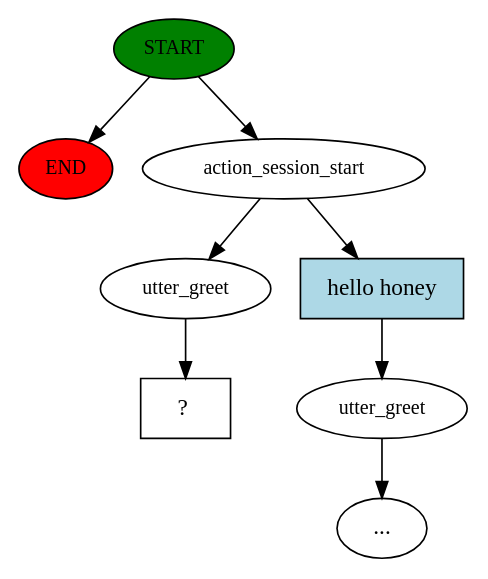
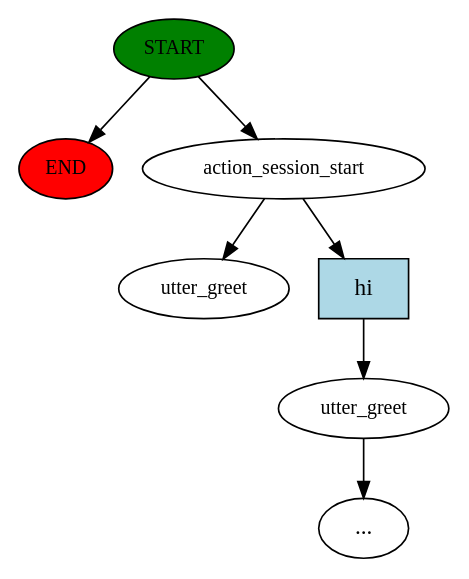
Before and after one commit to madhavikoduganti/Foodie: the diagram in Rasa_basic_folder/story_graph.dot, drawn with Graphviz. The commit also changed 19 other files, not shown here.

```diff
--- a/Rasa_basic_folder/story_graph.dot
+++ b/Rasa_basic_folder/story_graph.dot
@@ -1,17 +1,15 @@
 digraph  {
 0 [class="start active", fillcolor=green, fontsize=12, label=START, style=filled];
 "-1" [class=end, fillcolor=red, fontsize=12, label=END, style=filled];
 1 [class=active, fontsize=12, label=action_session_start];
 2 [class="", fontsize=12, label=utter_greet];
 "-3" [class=ellipsis, label="..."];
-4 [class=active, fontsize=12, label=utter_greet];
-5 [class="intent dashed active", label="  ?  ", shape=rect];
-6 [class=intent, fillcolor=lightblue, label="hello honey", shape=rect, style=filled];
+4 [class="dashed active", fontsize=12, label=utter_greet];
+5 [class=intent, fillcolor=lightblue, label=hi, shape=rect, style=filled];
 0 -> "-1"  [class="", key=NONE, label=""];
 0 -> 1  [class=active, key=NONE, label=""];
 1 -> 4  [class=active, key=NONE, label=""];
-1 -> 6  [class="", key=0];
+1 -> 5  [class="", key=0];
 2 -> "-3"  [class="", key=NONE, label=""];
-4 -> 5  [class=active, key=NONE, label=""];
-6 -> 2  [class="", key=0];
+5 -> 2  [class="", key=0];
 }
```
